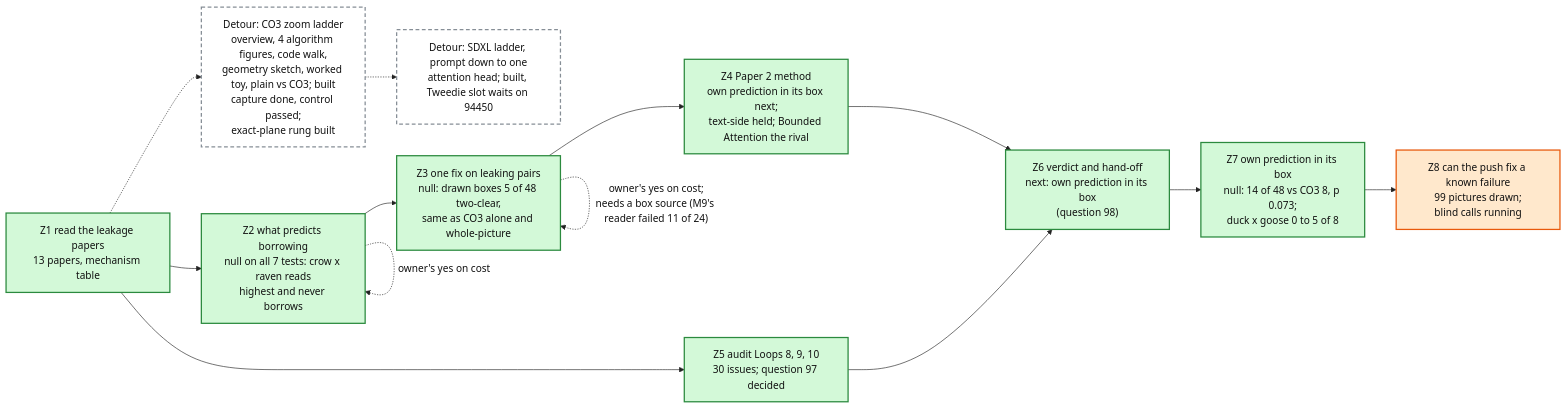
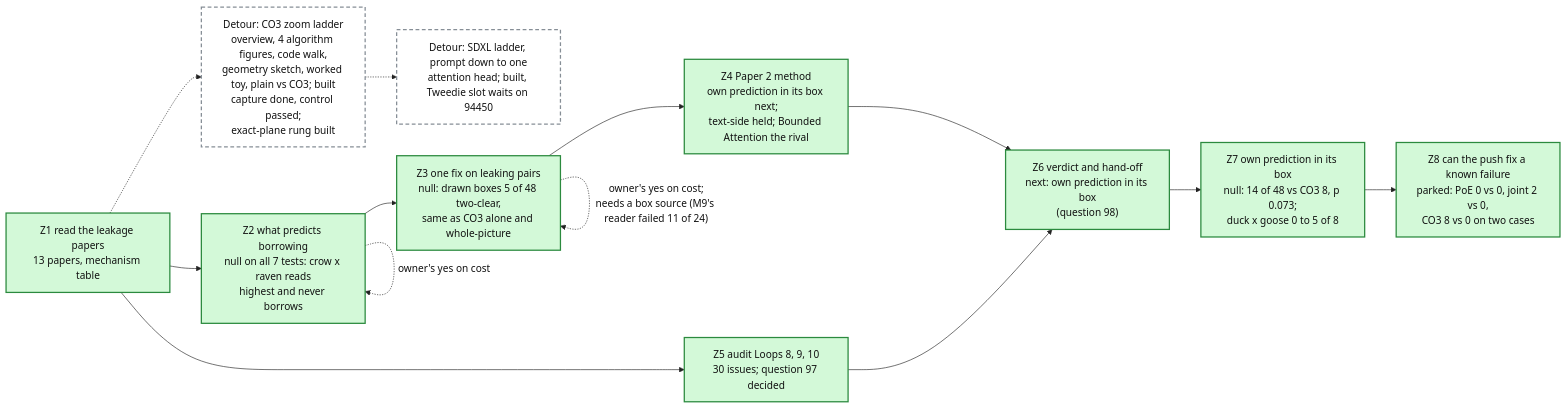
The diagram in artifacts/notes/progress/leakage/loop-12-progress.mmd (mo-rsa24/concept-composition), drawn with Mermaid before and after one commit. The commit also changed 1 other file, not shown here.

Commit message:
Loop 12 map: Z8 done, parked

```diff
--- a/artifacts/notes/progress/leakage/loop-12-progress.mmd
+++ b/artifacts/notes/progress/leakage/loop-12-progress.mmd
@@ -1,24 +1,24 @@
 %%{init: {'theme': 'base', 'themeVariables': {'fontFamily': 'monospace', 'primaryColor': '#ffffff', 'primaryBorderColor': '#222222', 'primaryTextColor': '#111111', 'lineColor': '#222222'}}}%%
 flowchart LR
   Z1["Z1 read the leakage papers<br/>13 papers, mechanism table"]:::done
   Z2["Z2 what predicts borrowing<br/>null on all 7 tests: crow x raven reads<br/>highest and never borrows"]:::done
   Z3["Z3 one fix on leaking pairs<br/>null: drawn boxes 5 of 48 two-clear,<br/>same as CO3 alone and whole-picture"]:::done
   Z4["Z4 Paper 2 method<br/>own prediction in its box next;<br/>text-side held; Bounded Attention the rival"]:::done
   Z5["Z5 audit Loops 8, 9, 10<br/>30 issues; question 97 decided"]:::done
   Z6["Z6 verdict and hand-off<br/>next: own prediction in its box<br/>(question 98)"]:::done
   LAD["Detour: CO3 zoom ladder<br/>overview, 4 algorithm figures, code walk,<br/>geometry sketch, worked toy, plain vs CO3; built<br/>capture done, control passed;<br/>exact-plane rung built"]:::detour
   Z1 -.-> LAD
   SDX["Detour: SDXL ladder, prompt down to one<br/>attention head; built, Tweedie slot waits on 94450"]:::detour
   LAD -.-> SDX
   Z1 --> Z2 --> Z3 --> Z4 --> Z6
   Z1 --> Z5 --> Z6
   Z2 -. "owner's yes on cost" .-> Z2
   Z3 -. "owner's yes on cost;<br/>needs a box source (M9's reader failed 11 of 24)" .-> Z3
   Z7["Z7 own prediction in its box<br/>null: 14 of 48 vs CO3 8, p 0.073;<br/>duck x goose 0 to 5 of 8"]:::done
   Z6 --> Z7
-  Z8["Z8 can the push fix a known failure<br/>99 pictures drawn;<br/>blind calls running"]:::doing
+  Z8["Z8 can the push fix a known failure<br/>parked: PoE 0 vs 0, joint 2 vs 0,<br/>CO3 8 vs 0 on two cases"]:::done
   Z7 --> Z8
   classDef done fill:#d3f9d8,stroke:#2b8a3e,stroke-width:2px
   classDef doing fill:#ffe8cc,stroke:#e8590c,stroke-width:2px
   classDef detour fill:#ffffff,stroke:#868e96,stroke-width:2px,stroke-dasharray: 6 4
   classDef todo fill:#f1f3f5,stroke:#868e96,stroke-width:2px
```
